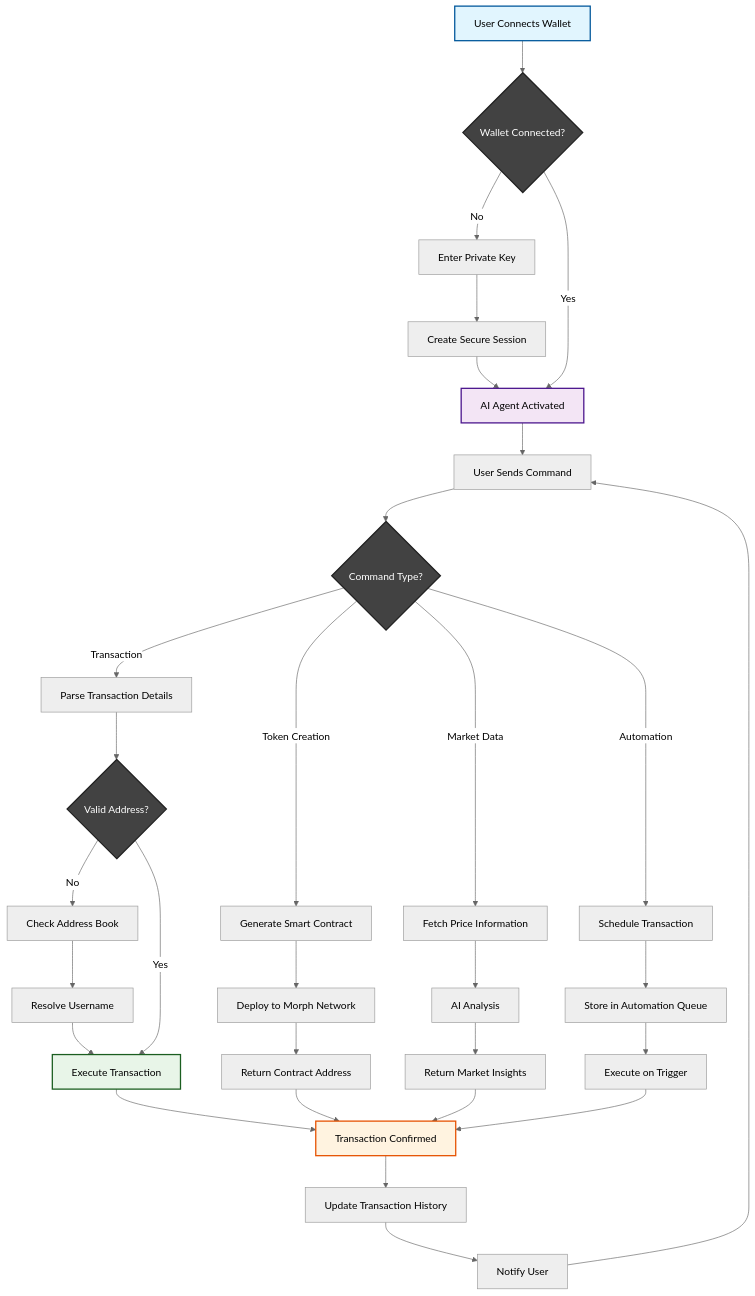
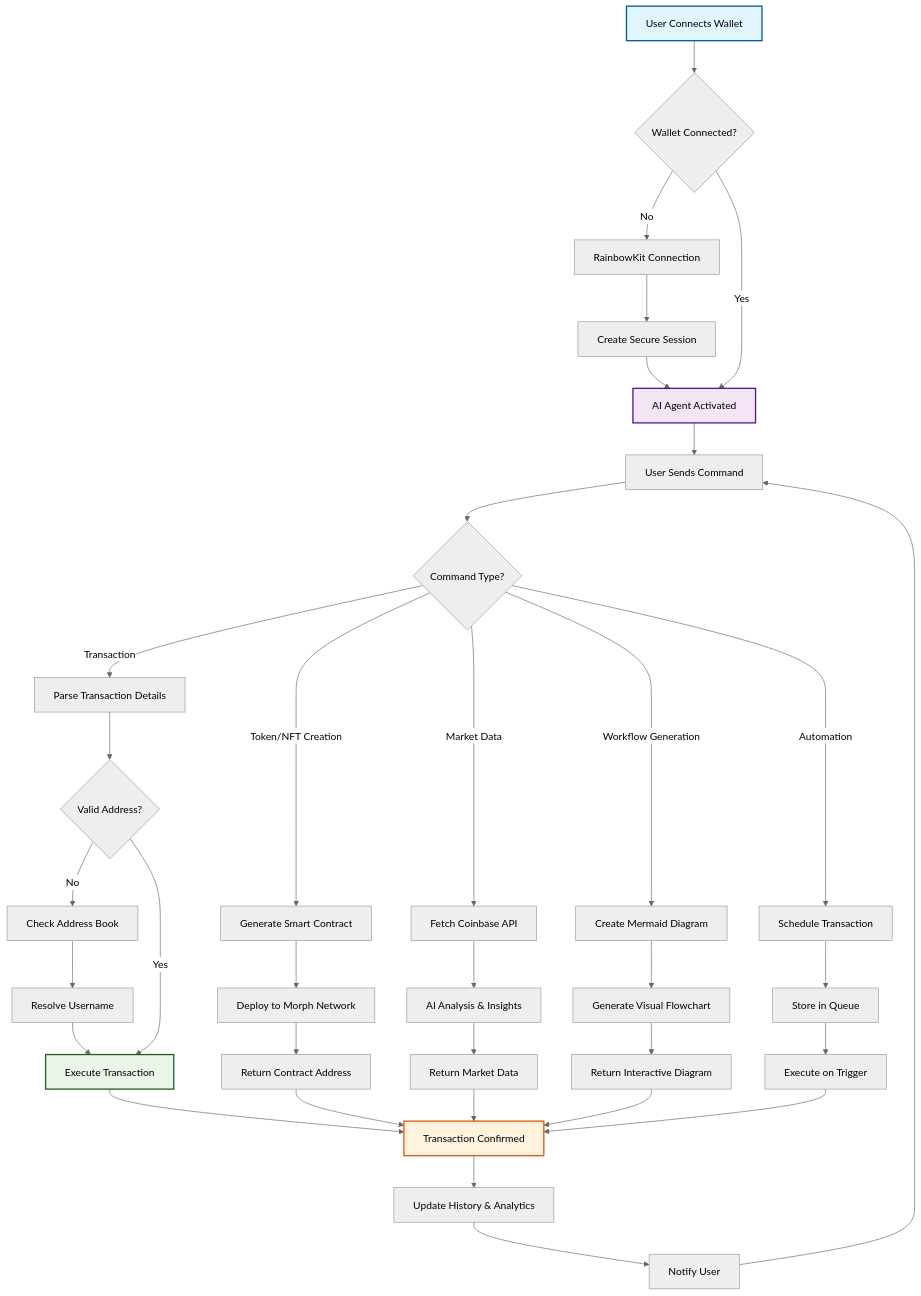
One commit to Spydiecy/Zap_Okx changed the diagram in README.md. Above: the diagram before and after it, drawn with Mermaid (neutral theme). The commit also changed other lines of this file, not shown here.

````diff
--- a/README.md
+++ b/README.md
@@ -63,46 +87,48 @@
 ```mermaid
 flowchart TD
     A[User Connects Wallet] --> B{Wallet Connected?}
-    B -->|No| C[Enter Private Key]
+    B -->|No| C[RainbowKit Connection]
     C --> D[Create Secure Session]
     D --> E[AI Agent Activated]
     B -->|Yes| E[AI Agent Activated]
     
     E --> F[User Sends Command]
     F --> G{Command Type?}
     
     G -->|Transaction| H[Parse Transaction Details]
     H --> I{Valid Address?}
     I -->|No| J[Check Address Book]
     J --> K[Resolve Username]
     K --> L[Execute Transaction]
     I -->|Yes| L[Execute Transaction]
     
-    G -->|Token Creation| M[Generate Smart Contract]
+    G -->|Token/NFT Creation| M[Generate Smart Contract]
     M --> N[Deploy to Morph Network]
     N --> O[Return Contract Address]
     
-    G -->|Market Data| P[Fetch Price Information]
-    P --> Q[AI Analysis]
-    Q --> R[Return Market Insights]
+    G -->|Market Data| P[Fetch Coinbase API]
+    P --> Q[AI Analysis & Insights]
+    Q --> R[Return Market Data]
     
-    G -->|Automation| S[Schedule Transaction]
-    S --> T[Store in Automation Queue]
-    T --> U[Execute on Trigger]
+    G -->|Workflow Generation| S[Create Mermaid Diagram]
+    S --> T[Generate Visual Flowchart]
+    T --> U[Return Interactive Diagram]
     
-    L --> V[Transaction Confirmed]
-    O --> V
-    R --> V
-    U --> V
-    V --> W[Update Transaction History]
-    W --> X[Notify User]
-    X --> F
+    G -->|Automation| V[Schedule Transaction]
+    V --> W[Store in Queue]
+    W --> X[Execute on Trigger]
+    
+    L --> Y[Transaction Confirmed]
+    O --> Y
+    R --> Y
+    U --> Y
+    X --> Y
+    Y --> Z[Update History & Analytics]
+    Z --> AA[Notify User]
+    AA --> F
     
     style A fill:#e1f5fe,stroke:#01579b,stroke-width:2px
     style E fill:#f3e5f5,stroke:#4a148c,stroke-width:2px
     style L fill:#e8f5e8,stroke:#1b5e20,stroke-width:2px
-    style V fill:#fff3e0,stroke:#e65100,stroke-width:2px
-    style B fill:#424242,stroke:#212121,stroke-width:2px,color:#ffffff
-    style G fill:#424242,stroke:#212121,stroke-width:2px,color:#ffffff
-    style I fill:#424242,stroke:#212121,stroke-width:2px,color:#ffffff
+    style Y fill:#fff3e0,stroke:#e65100,stroke-width:2px
 ```
````
